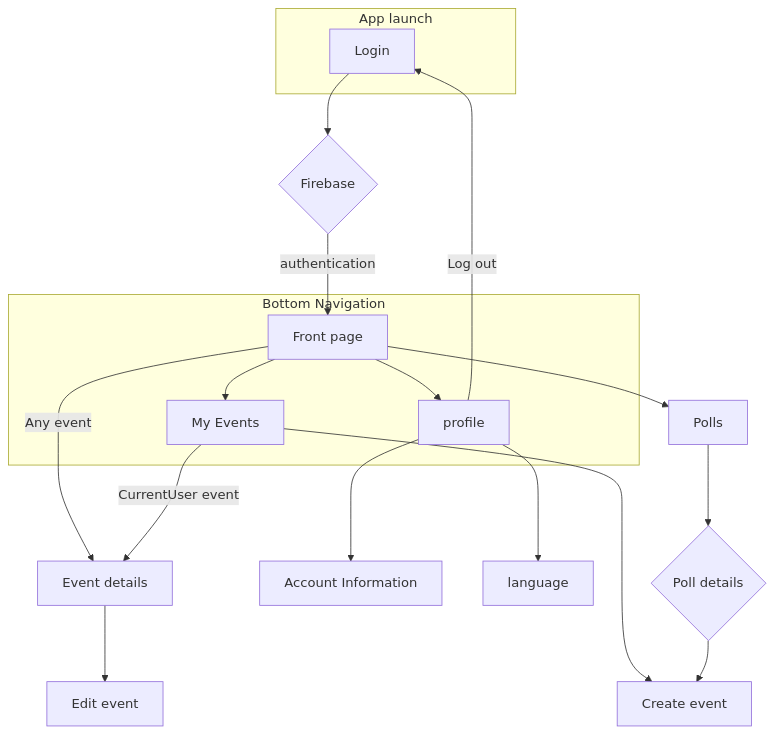
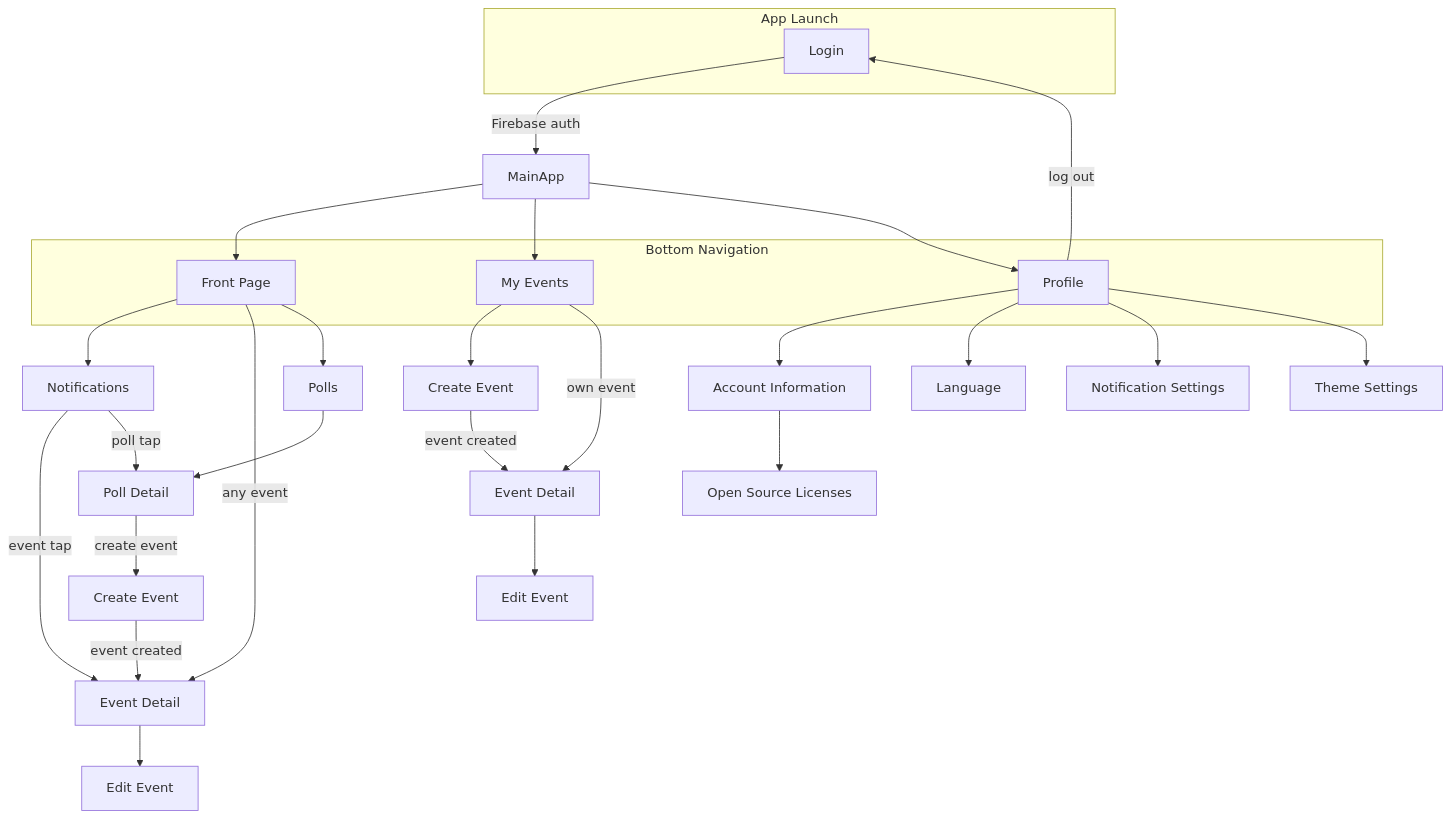
Before and after one commit to Zlatans3/FlotMand: the diagram in README.md, drawn with Mermaid.

`````diff
--- a/README.md
+++ b/README.md
@@ -103,25 +103,46 @@
 ```mermaid
-graph TD;
-  Login[Login] --> B{Firebase};
-  B --> |authentication| C[Front page];
-  C --> D[My Events]
-  C --> E[profile]
-  C --> |Any event| G[Event details]
-  D --> |CurrentUser event| G
-  E --> |Log out| Login
-  E --> j[Account Information]
-  E --> K[language]
-  C --> H[Polls]
-  H --> i{Poll details}
-  D --> F[Create event]
-  G --> EDIT[Edit event]
-  i --> F
-subgraph Bottom Navigation
-            C
-            D
-            E
-end
-subgraph App launch
-            Login
-end
+graph TD
+      Login[Login] -->|Firebase auth| MainApp
+
+      subgraph App Launch
+          Login
+      end
+
+      subgraph Bottom Navigation
+          FrontPage[Front Page]                                                                                             
+          MyEvents[My Events]
+          Profile[Profile]
+      end
+
+      MainApp --> FrontPage
+      MainApp --> MyEvents
+      MainApp --> Profile
+  
+      %% Front Page stack
+      FrontPage --> Notif[Notifications]
+      FrontPage -->|any event| FP_Detail[Event Detail]
+      FrontPage --> Polls[Polls]
+
+      Notif -->|event tap| FP_Detail
+      Notif -->|poll tap| PollDetail
+
+      Polls --> PollDetail[Poll Detail]                                                                                     
+      PollDetail -->|create event| FP_CreateEvent[Create Event]
+      FP_CreateEvent -->|event created| FP_Detail
+
+      FP_Detail --> FP_Edit[Edit Event]
+
+      %% My Events stack
+      MyEvents --> ME_CreateEvent[Create Event]                                                                             
+      MyEvents -->|own event| ME_Detail[Event Detail]
+      ME_Detail --> ME_Edit[Edit Event]
+      ME_CreateEvent -->|event created| ME_Detail
+
+      %% Profile stack
+      Profile -->|log out| Login                                                                                            
+      Profile --> AccountInfo[Account Information]
+      Profile --> Language[Language]
+      Profile --> NotifSettings[Notification Settings]
+      Profile --> Theme[Theme Settings]
+      AccountInfo --> Licenses[Open Source Licenses]
 ````
`````
